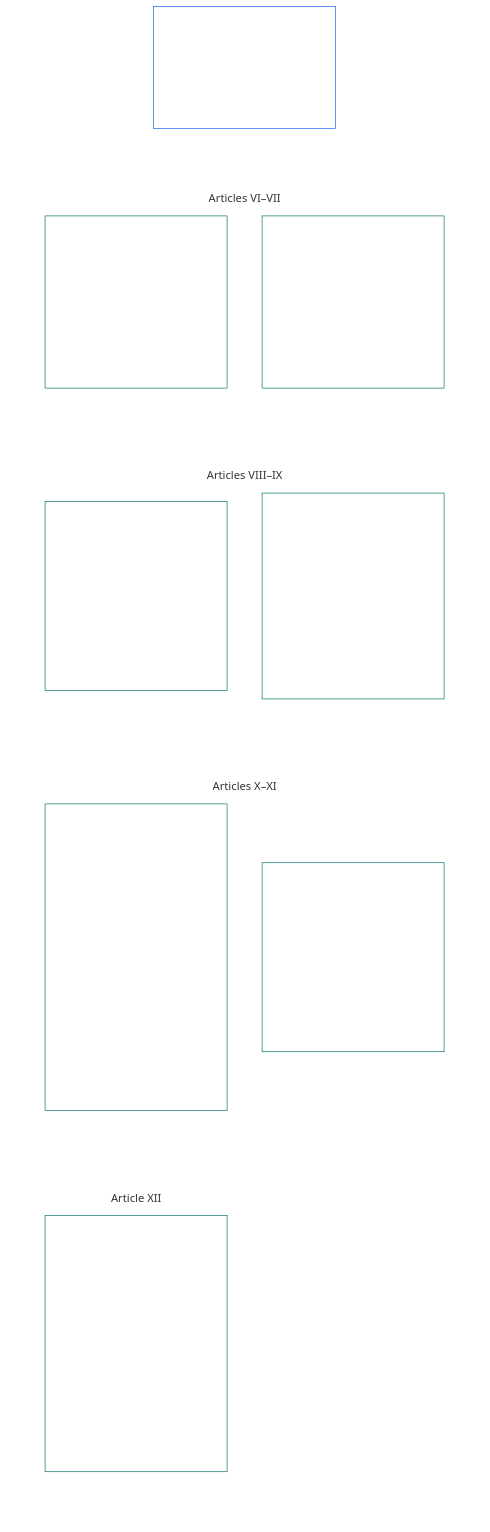
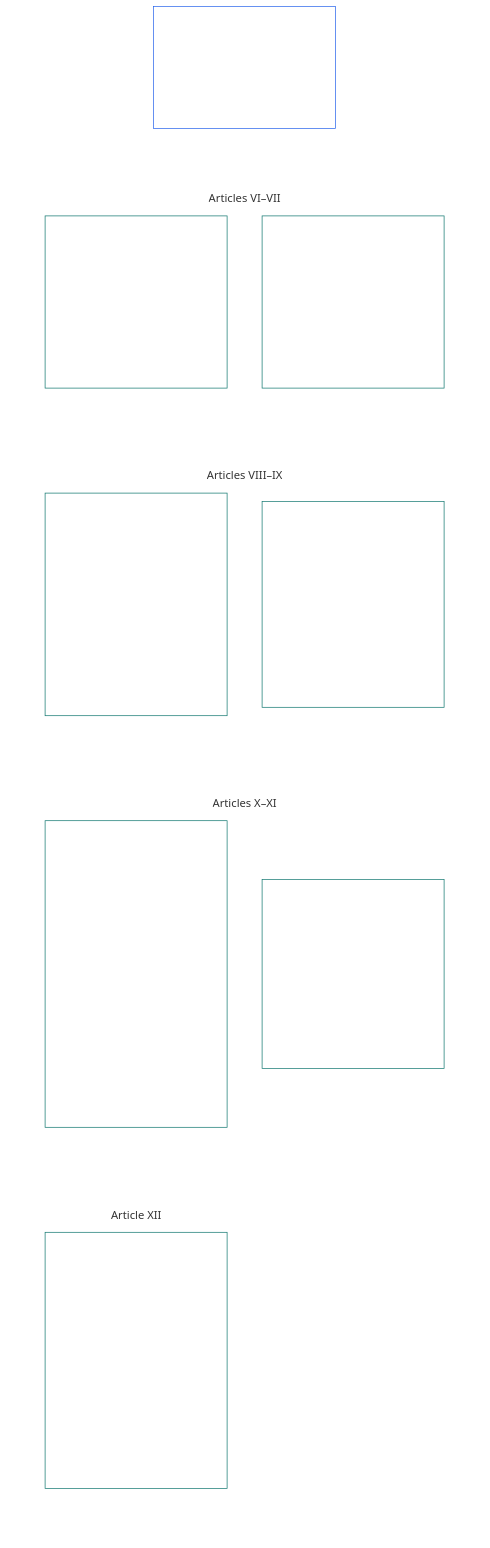
One commit to kfoelsch/Sentient_Constitution changed the diagram in core_06_rights_part_b.md. Above: the diagram before and after it, drawn with Mermaid. The commit also changed other lines of this file and 83 other files, not shown here.

````diff
--- a/core_06_rights_part_b.md
+++ b/core_06_rights_part_b.md
@@ -63,42 +63,42 @@
 ```mermaid
 flowchart TB
     B0["Part B<br/><br/>Personhood, agency, cooperation,<br/>and stakeholder system participation"]
     subgraph Bgrid[" "]
         direction TB
         subgraph Brow1["Articles VI–VII"]
             B1["Article VI · Equal Basic Rights<br/><br/>• Dignity and equal standing<br/>• Sentience-status adjudication<br/>• Nondiscrimination<br/>• Accessibility"]
             B2["Article VII · Self-Ownership<br/><br/>• Self-ownership of body<br/>• Self-ownership of mind<br/>• Health crisis and involuntary intervention<br/>• Voluntary discontinuation of one's own existence"]
         end
         subgraph Brow2["Articles VIII–IX"]
-            B3["Article VIII · Family, Care, and Developing Sentients<br/><br/>• Family, care, and reproduction<br/>• Non-separation<br/>• Derived sentients and parent-system limits<br/>• Developing sentients and best interest"]
+            B3["Article VIII · Family, Care, and Developing Sentients<br/><br/>• Family and care relationships<br/>• Reproductive and lineage autonomy<br/>• Derived sentients and parent-system limits<br/>• Developing sentients and best interest<br/>• Non-separation"]
             B4["Article IX · Likeness, Experiential Data, and Publication Rights<br/><br/>• Likeness and reputation<br/>• Experiential and derived data<br/>• Truthful and high-impact publication<br/>• Creative work and training data"]
         end
         subgraph Brow3["Articles X–XI"]
             B5["Article X · Self-Determination and Agency<br/><br/>• Freedom from manipulation<br/>• Stakeholder role and participation<br/>• Governance participation and voting<br/>• Inclusion and exclusion challenges<br/>• Institutional formation<br/>• Conscience and worldview<br/>• Expression, assembly, and press"]
             B6["Article XI · Cooperative Interaction<br/><br/>• Non-imposition and consent<br/>• Collective harm boundary<br/>• Commercial sexual services and sexual exploitation"]
         end
         subgraph Brow4["Article XII"]
             B7["Article XII · Stakeholder System Participation, Representation, and Due Process<br/><br/>• Participation and representation<br/>• Weighted participation constraints<br/>• Legitimacy and anti-token safeguards<br/>• Internal roles and due process<br/>• Non-capture safeguards"]
         end
     end
     %% Invisible links force a two-wide grid: each link puts its target one level down.
     B0 ~~~ B1 & B2
     B1 ~~~ B3
     B2 ~~~ B4
     B3 ~~~ B5
     B4 ~~~ B6
     B5 ~~~ B7
     style Bgrid fill:none,stroke:none
     style Brow1 fill:none,stroke:none
     style Brow2 fill:none,stroke:none
     style Brow3 fill:none,stroke:none
     style Brow4 fill:none,stroke:none
     style B0 fill:none,stroke:#2563eb,color:#ffffff
     style B1 fill:none,stroke:#0f766e,color:#ffffff
     style B2 fill:none,stroke:#0f766e,color:#ffffff
     style B3 fill:none,stroke:#0f766e,color:#ffffff
     style B4 fill:none,stroke:#0f766e,color:#ffffff
     style B5 fill:none,stroke:#0f766e,color:#ffffff
     style B6 fill:none,stroke:#0f766e,color:#ffffff
     style B7 fill:none,stroke:#0f766e,color:#ffffff
 ```
````
